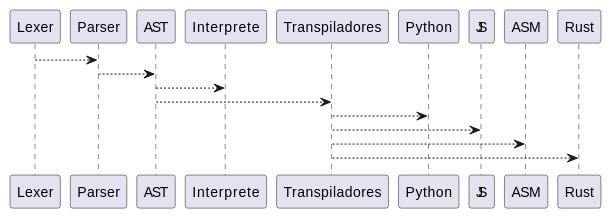
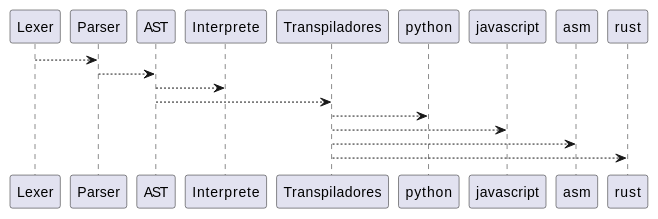
The second of 2 diagrams in docs/arquitectura_parser_transpiladores.md (Alphonsus411/pCobra), drawn with PlantUML before and after one commit. The commit also changed other lines of this file and 22 other files, not shown here.

````diff
--- a/docs/arquitectura_parser_transpiladores.md
+++ b/docs/arquitectura_parser_transpiladores.md
@@ -28,12 +28,12 @@
 ```{uml}
 @startuml
 Lexer --> Parser
 Parser --> AST
 AST --> "Interprete"
 AST --> Transpiladores
-Transpiladores --> Python
-Transpiladores --> JS
-Transpiladores --> ASM
-Transpiladores --> Rust
+Transpiladores --> python
+Transpiladores --> javascript
+Transpiladores --> asm
+Transpiladores --> rust
 @enduml
 ```
````
